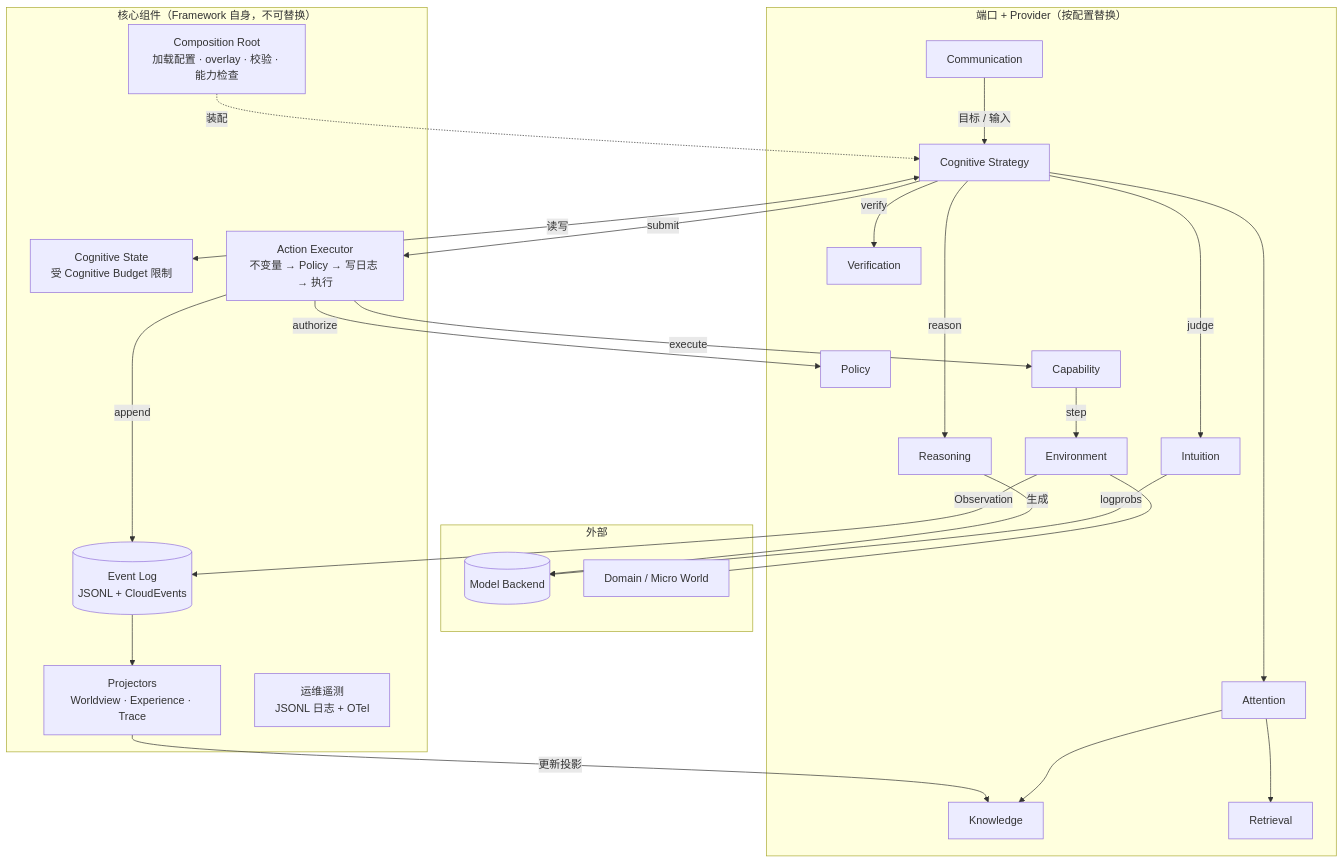
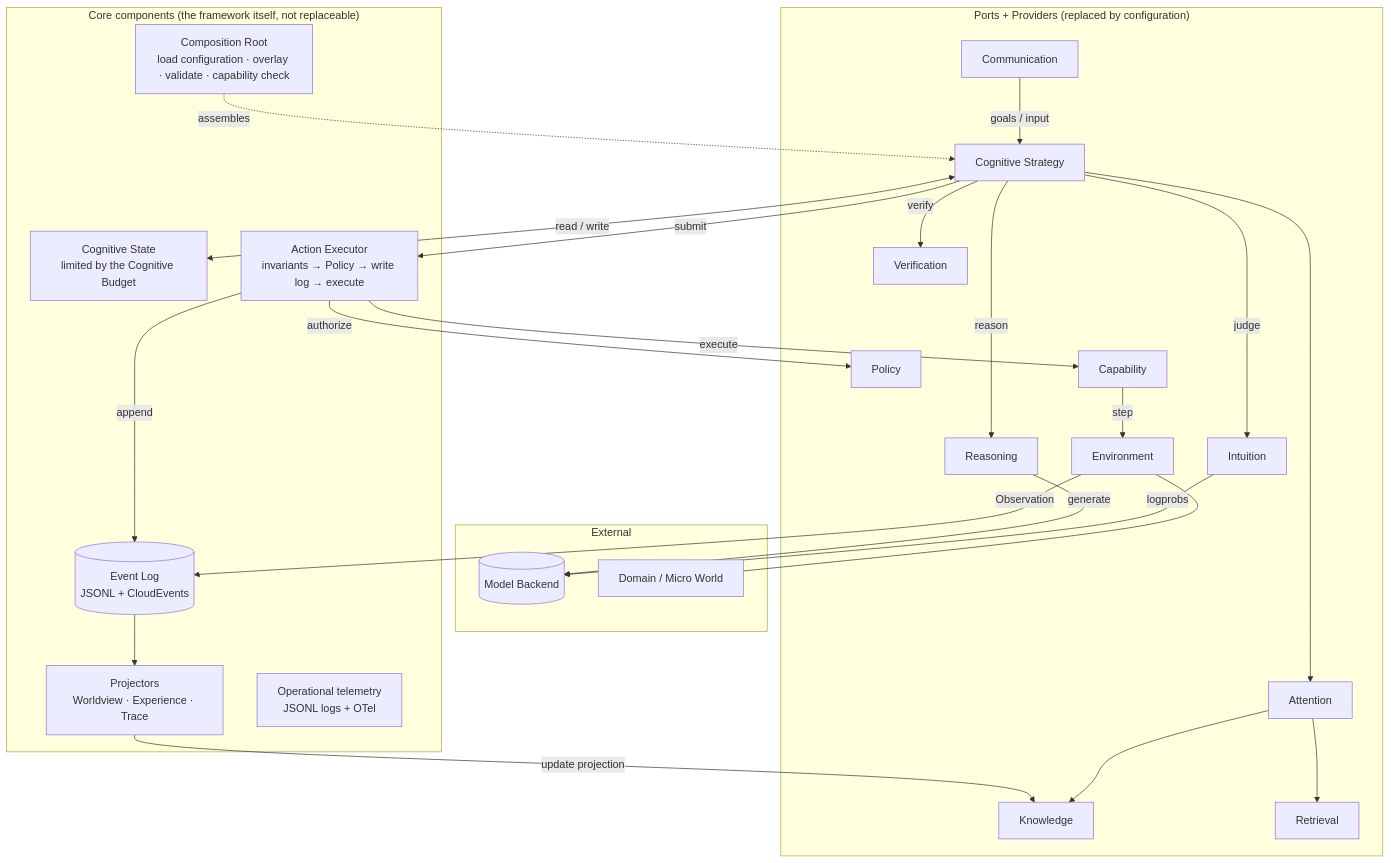
The third of 4 diagrams in factory/design/architecture/c4.md (ClydeShen/memex), drawn with Mermaid before and after one commit. The commit also changed other lines of this file and 4 other files, not shown here.

````diff
--- a/factory/design/architecture/c4.md
+++ b/factory/design/architecture/c4.md
@@ -103,49 +103,49 @@
 ```mermaid
 flowchart TB
-  subgraph EXT[外部]
+  subgraph EXT[External]
     BE[(Model Backend)]
     ENVX[Domain / Micro World]
   end
-  subgraph CORE["核心组件（Framework 自身，不可替换）"]
-    ROOT[Composition Root<br/>加载配置 · overlay · 校验 · 能力检查]
-    STATE[Cognitive State<br/>受 Cognitive Budget 限制]
-    ACT[Action Executor<br/>不变量 → Policy → 写日志 → 执行]
+  subgraph CORE["Core components (the framework itself, not replaceable)"]
+    ROOT[Composition Root<br/>load configuration · overlay · validate · capability check]
+    STATE[Cognitive State<br/>limited by the Cognitive Budget]
+    ACT[Action Executor<br/>invariants → Policy → write log → execute]
     LOG[(Event Log<br/>JSONL + CloudEvents)]
     PROJ[Projectors<br/>Worldview · Experience · Trace]
-    TEL[运维遥测<br/>JSONL 日志 + OTel]
+    TEL[Operational telemetry<br/>JSONL logs + OTel]
   end
-  subgraph PORTS["端口 + Provider（按配置替换）"]
+  subgraph PORTS["Ports + Providers (replaced by configuration)"]
     STRAT[Cognitive Strategy]
     ATT[Attention]
     INT[Intuition]
     REA[Reasoning]
     VER[Verification]
     KNO[Knowledge]
     RET[Retrieval]
     POL[Policy]
     CAP[Capability]
     ENV[Environment]
     COM[Communication]
   end
 
-  ROOT -. 装配 .-> STRAT
-  COM -->|目标 / 输入| STRAT
-  STRAT <-->|读写| STATE
+  ROOT -. assembles .-> STRAT
+  COM -->|goals / input| STRAT
+  STRAT <-->|read / write| STATE
   STRAT --> ATT
   ATT --> KNO
   ATT --> RET
   STRAT -->|judge| INT
   STRAT -->|reason| REA
   STRAT -->|verify| VER
   STRAT -->|submit| ACT
   ACT -->|authorize| POL
   ACT -->|append| LOG
   ACT -->|execute| CAP
   CAP -->|step| ENV
   ENV --- ENVX
   ENV -->|Observation| LOG
   LOG --> PROJ
-  PROJ -->|更新投影| KNO
+  PROJ -->|update projection| KNO
   INT -->|logprobs| BE
-  REA -->|生成| BE
+  REA -->|generate| BE
 ```
````
